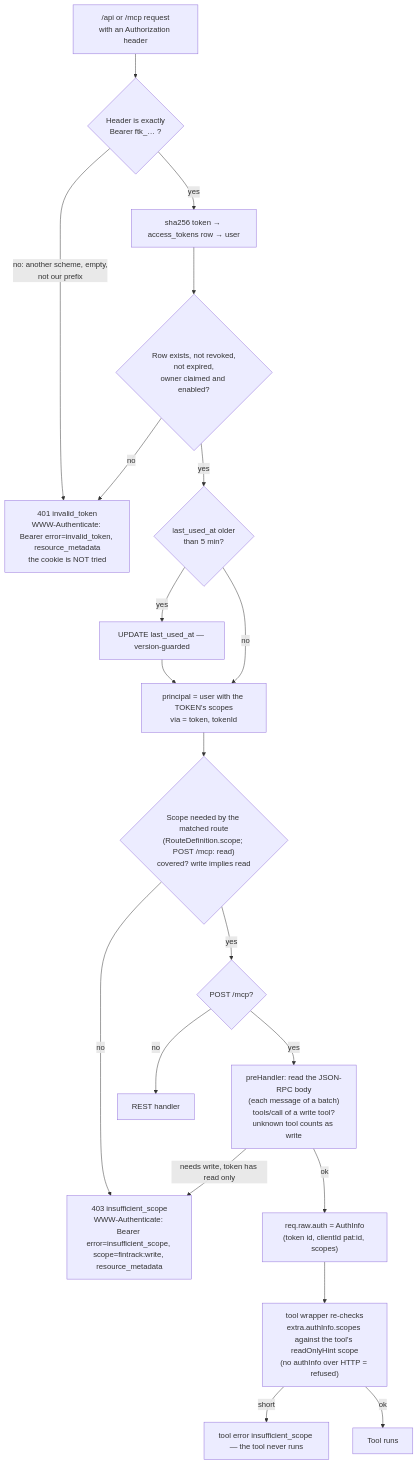
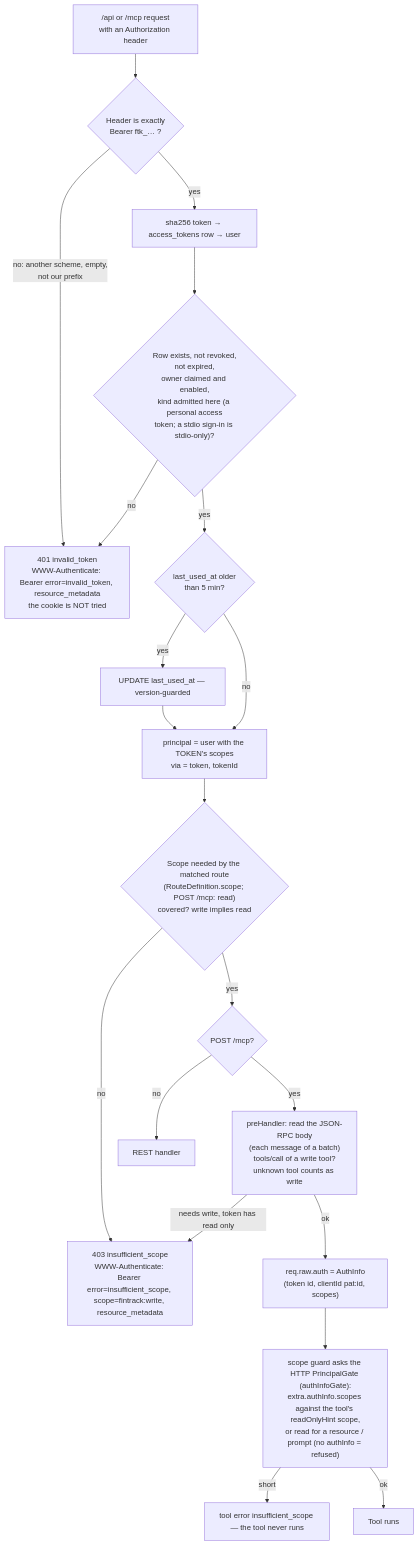
The seventh of 14 diagrams in docs/auth-flows.md (RafaelFCarneiro/patty), drawn with Mermaid before and after one commit. The commit also changed other lines of this file and 94 other files, not shown here.

First line of the commit message:
feat(auth): stdio browser sign-in, login/logout, version guard (ADR-034 step 2)

````diff
--- a/docs/auth-flows.md
+++ b/docs/auth-flows.md
@@ -241,21 +255,21 @@
 ```mermaid
 flowchart TD
     A["/api or /mcp request<br/>with an Authorization header"] --> B{"Header is exactly<br/>Bearer ftk_… ?"}
     B -- "no: another scheme, empty,<br/>not our prefix" --> X1["401 invalid_token<br/>WWW-Authenticate: Bearer error=invalid_token, resource_metadata<br/>the cookie is NOT tried"]
     B -- yes --> C[sha256 token → access_tokens row → user]
-    C --> D{"Row exists, not revoked,<br/>not expired,<br/>owner claimed and enabled?"}
+    C --> D{"Row exists, not revoked,<br/>not expired,<br/>owner claimed and enabled,<br/>kind admitted here (a personal access<br/>token; a stdio sign-in is stdio-only)?"}
     D -- no --> X1
     D -- yes --> E{"last_used_at older<br/>than 5 min?"}
     E -- yes --> F[UPDATE last_used_at — version-guarded] --> G
     E -- no --> G["principal = user with the TOKEN's scopes<br/>via = token, tokenId"]
     G --> H{"Scope needed by the matched route<br/>(RouteDefinition.scope; POST /mcp: read)<br/>covered? write implies read"}
     H -- no --> X2["403 insufficient_scope<br/>WWW-Authenticate: Bearer error=insufficient_scope, scope=fintrack:write, resource_metadata"]
     H -- yes --> I{"POST /mcp?"}
     I -- no --> Z[REST handler]
     I -- yes --> J["preHandler: read the JSON-RPC body<br/>(each message of a batch)<br/>tools/call of a write tool?<br/>unknown tool counts as write"]
     J -- "needs write, token has read only" --> X2
     J -- ok --> K["req.raw.auth = AuthInfo<br/>(token id, clientId pat:id, scopes)"]
-    K --> L["tool wrapper re-checks<br/>extra.authInfo.scopes against the tool's readOnlyHint scope<br/>(no authInfo over HTTP = refused)"]
+    K --> L["scope guard asks the HTTP PrincipalGate (authInfoGate):<br/>extra.authInfo.scopes against the tool's readOnlyHint scope,<br/>or read for a resource / prompt (no authInfo = refused)"]
     L -- short --> X3["tool error insufficient_scope — the tool never runs"]
     L -- ok --> M[Tool runs]
 ```
````
